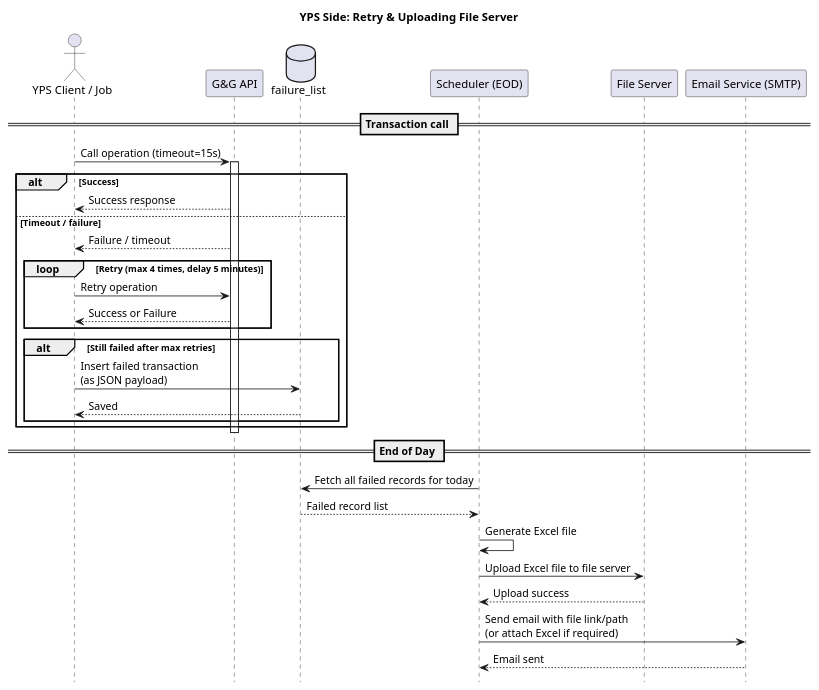
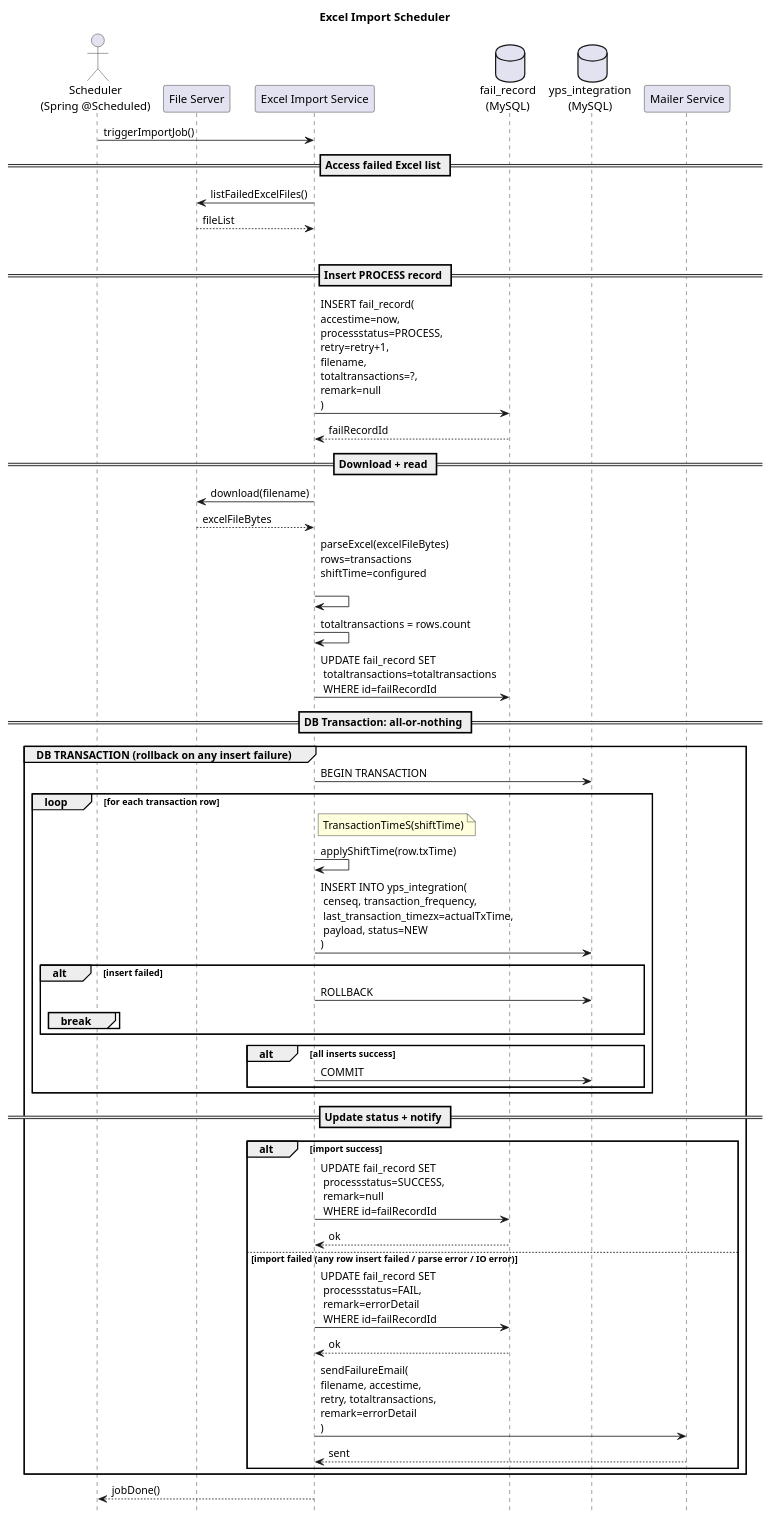
One commit to phyothuhan26/MySolutions changed the diagram in GandG_YPS_DataLost/SequenceDiagram/Outbound call_withretry_fail_record _daily email.puml. Above: the diagram before and after it, drawn with PlantUML. The commit also changed other lines of this file and 8 other files, not shown here.

```diff
--- a/GandG_YPS_DataLost/SequenceDiagram/Outbound call_withretry_fail_record _daily email.puml
+++ b/GandG_YPS_DataLost/SequenceDiagram/Outbound call_withretry_fail_record _daily email.puml
@@ -1,42 +1,67 @@
 @startuml
-title YPS Side: Retry & Uploading File Server
+title Excel Import Scheduler
 hide footbox
-actor "YPS Client / Job" as YPS
-participant "G&G API" as API
-database "failure_list" as FAIL
-participant "Scheduler (EOD)" as SCH
+actor "Scheduler\n(Spring @Scheduled)" as SCH
 participant "File Server" as FS
-participant "Email Service (SMTP)" as MAIL
+participant "Excel Import Service" as IMP
+database "fail_record\n(MySQL)" as FAILDB
+database "yps_integration\n(MySQL)" as YPSDB
+participant "Mailer Service" as MAIL
 
-== Transaction call ==
-YPS -> API: Call operation (timeout=15s)
-activate API
+SCH -> IMP: triggerImportJob()
 
-alt Success
-  API --> YPS: Success response
-else Timeout / failure
-  API --> YPS: Failure / timeout
+== Access failed Excel list ==
+IMP -> FS: listFailedExcelFiles()
+FS --> IMP: fileList
 
-  loop Retry (max 4 times, delay 5 minutes)
-    YPS -> API: Retry operation
-    API --> YPS: Success or Failure
+loop for each excel file
+  == Insert PROCESS record ==
+  IMP -> FAILDB: INSERT fail_record(\naccestime=now,\nprocessstatus=PROCESS,\nretry=retry+1,\nfilename,\ntotaltransactions=?,\nremark=null\n)
+  FAILDB --> IMP: failRecordId
+
+  == Download + read ==
+  IMP -> FS: download(filename)
+  FS --> IMP: excelFileBytes
+  IMP -> IMP: parseExcel(excelFileBytes)\nrows=transactions\nshiftTime=configured\n
+  IMP -> IMP: totaltransactions = rows.count
+
+  IMP -> FAILDB: UPDATE fail_record SET\n totaltransactions=totaltransactions\n WHERE id=failRecordId
+
+  == DB Transaction: all-or-nothing ==
+  group DB TRANSACTION (rollback on any insert failure)
+    IMP -> YPSDB: BEGIN TRANSACTION
+
+    loop for each transaction row
+      note right of IMP
+        TransactionTimeS(shiftTime)
+      end note
+
+      IMP -> IMP: applyShiftTime(row.txTime)
+      IMP -> YPSDB: INSERT INTO yps_integration(\n censeq, transaction_frequency,\n last_transaction_timezx=actualTxTime,\n payload, status=NEW\n)
+      alt insert failed
+        IMP -> YPSDB: ROLLBACK
+        break
+      end
+    end
+
+    alt all inserts success
+      IMP -> YPSDB: COMMIT
+    end
   end
 
-  alt Still failed after max retries
-    YPS -> FAIL: Insert failed transaction\n(as JSON payload)
-    FAIL --> YPS: Saved
+  == Update status + notify ==
+  alt import success
+    IMP -> FAILDB: UPDATE fail_record SET\n processstatus=SUCCESS,\n remark=null\n WHERE id=failRecordId
+    FAILDB --> IMP: ok
+  else import failed (any row insert failed / parse error / IO error)
+    IMP -> FAILDB: UPDATE fail_record SET\n processstatus=FAIL,\n remark=errorDetail\n WHERE id=failRecordId
+    FAILDB --> IMP: ok
+
+    IMP -> MAIL: sendFailureEmail(\nfilename, accestime,\nretry, totaltransactions,\nremark=errorDetail\n)
+    MAIL --> IMP: sent
   end
 end
-deactivate API
 
-== End of Day ==
-SCH -> FAIL: Fetch all failed records for today
-FAIL --> SCH: Failed record list
+IMP --> SCH: jobDone()
 
-SCH -> SCH: Generate Excel file
-SCH -> FS: Upload Excel file to file server
-FS --> SCH: Upload success
-
-SCH -> MAIL: Send email with file link/path\n(or attach Excel if required)
-MAIL --> SCH: Email sent
 @enduml
```
